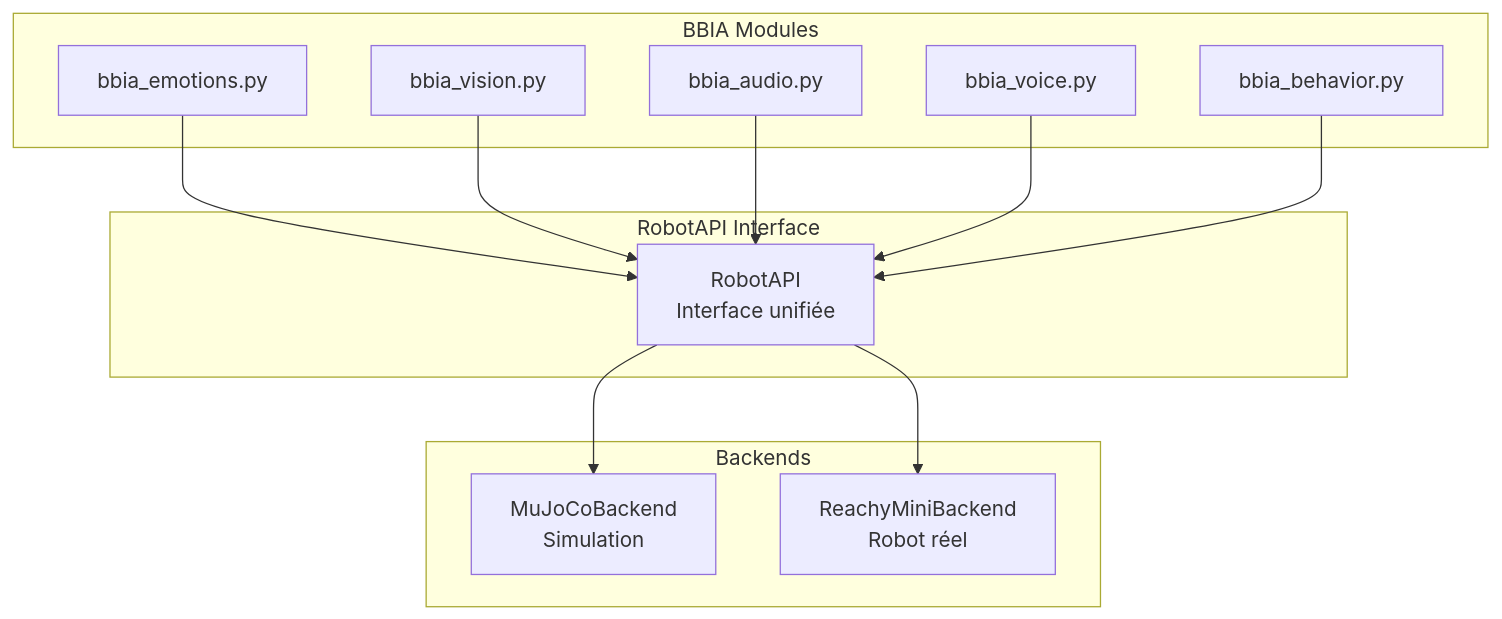
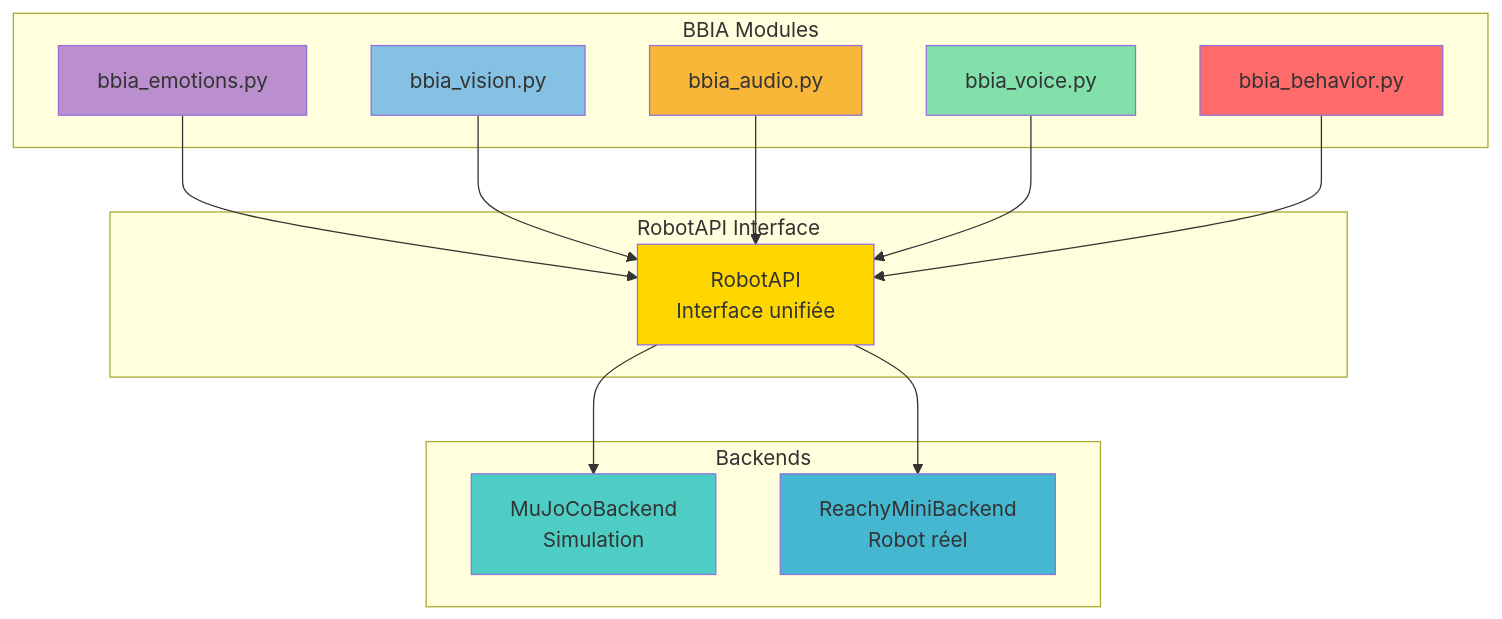
One commit to arkalia-luna-system/bbia-sim changed the first of 2 diagrams in docs/guides_techniques/MIGRATION_GUIDE.md. Above: the diagram before and after it, drawn with Mermaid. The commit also changed 27 other files, not shown here.

First line of the commit message:
fix: correction liens brisés + amélioration schémas Mermaid

````diff
--- a/docs/guides_techniques/MIGRATION_GUIDE.md
+++ b/docs/guides_techniques/MIGRATION_GUIDE.md
@@ -17,28 +17,37 @@
 ```mermaid
 graph TB
     subgraph "BBIA Modules"
         EMOTIONS[bbia_emotions.py]
         VISION[bbia_vision.py]
         AUDIO[bbia_audio.py]
         VOICE[bbia_voice.py]
         BEHAVIOR[bbia_behavior.py]
     end
 
     subgraph "RobotAPI Interface"
         API[RobotAPI<br/>Interface unifiée]
     end
 
     subgraph "Backends"
         MUJOCO[MuJoCoBackend<br/>Simulation]
         REACHY[ReachyMiniBackend<br/>Robot réel]
     end
 
     EMOTIONS --> API
     VISION --> API
     AUDIO --> API
     VOICE --> API
     BEHAVIOR --> API
 
     API --> MUJOCO
     API --> REACHY
+    
+    style EMOTIONS fill:#BB8FCE
+    style VISION fill:#85C1E2
+    style AUDIO fill:#F8B739
+    style VOICE fill:#82E0AA
+    style BEHAVIOR fill:#FF6B6B
+    style API fill:#FFD700
+    style MUJOCO fill:#4ECDC4
+    style REACHY fill:#45B7D1
 ```
````
